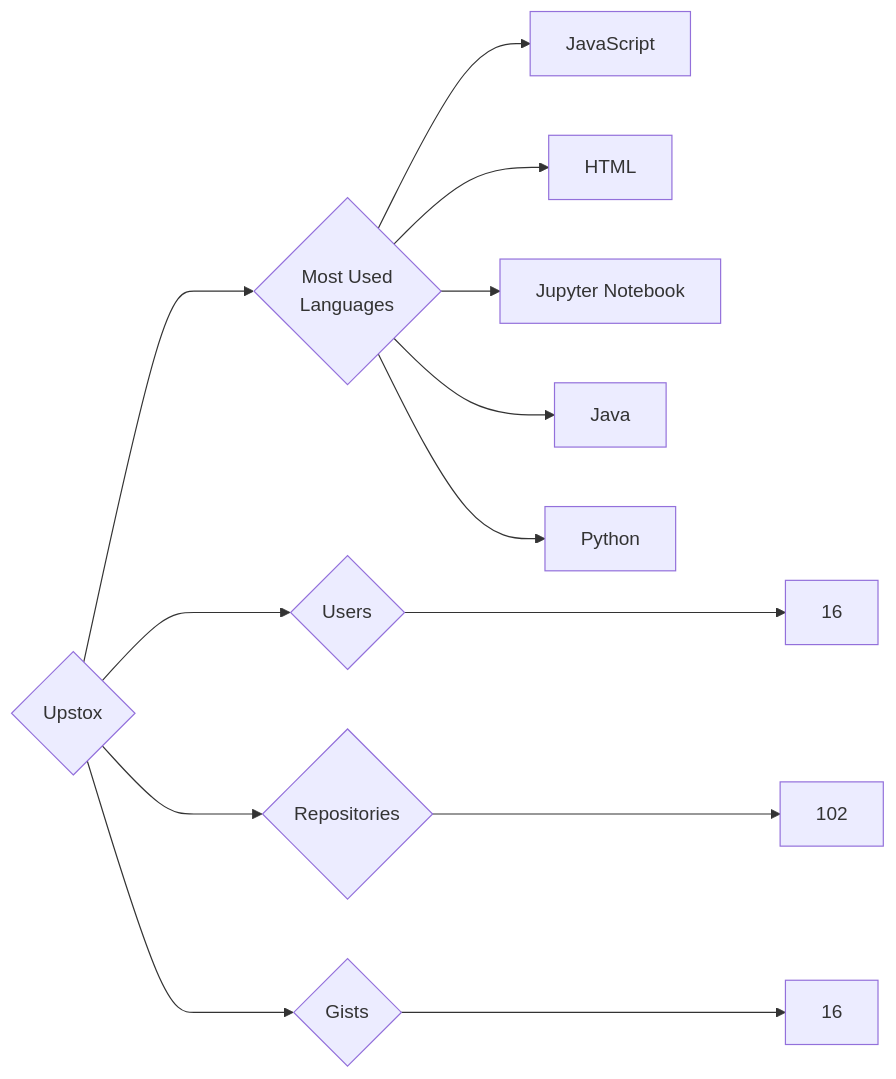
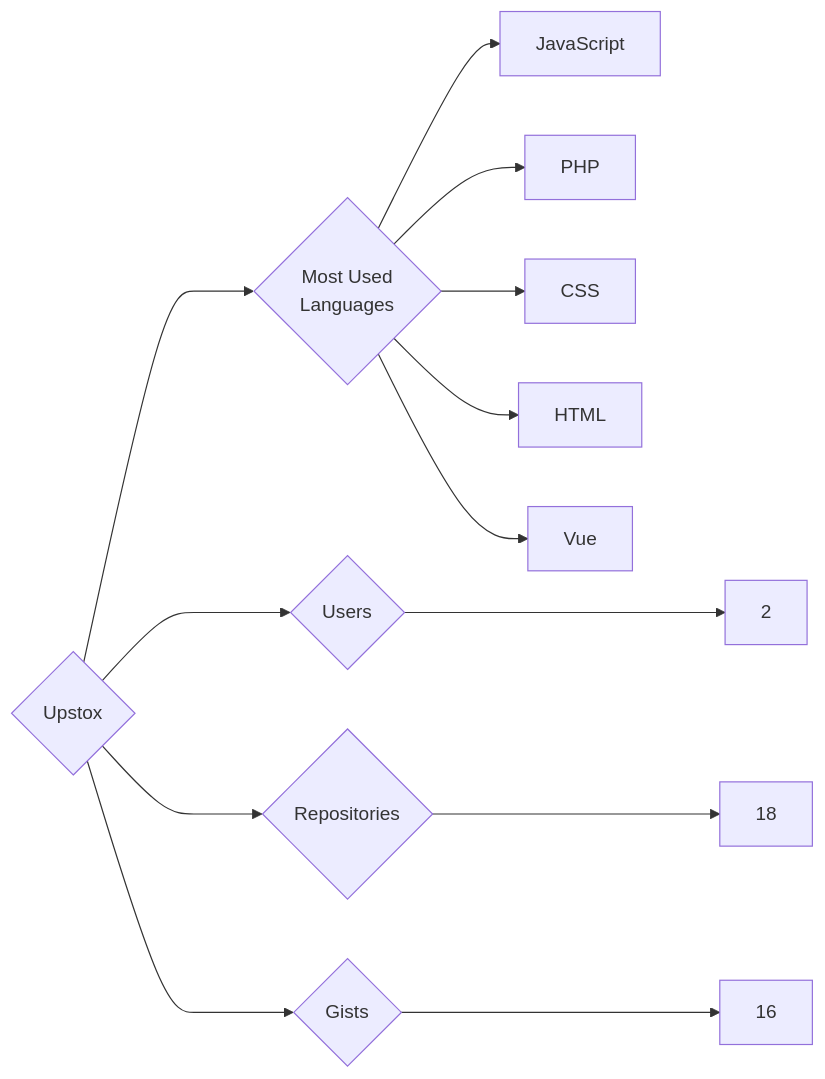
The diagram in targets/Upstox/README.md (trickest/insiders), drawn with Mermaid before and after one commit. The commit also changed 878 other files, not shown here.

````diff
--- a/targets/Upstox/README.md
+++ b/targets/Upstox/README.md
@@ -3,13 +3,13 @@
 ```mermaid
 graph LR
 COMPANY_NAME{Upstox}
-COMPANY_NAME ---> U{Users} ---> UN[16]
-COMPANY_NAME ---> R{Repositories} ---> RN[102]
+COMPANY_NAME ---> U{Users} ---> UN[2]
+COMPANY_NAME ---> R{Repositories} ---> RN[18]
 COMPANY_NAME ---> G{Gists} ---> GN[16]
 COMPANY_NAME ---> ML{Most Used<br>Languages}
 ML --> JavaScript[JavaScript]
+ML --> PHP[PHP]
+ML --> CSS[CSS]
 ML --> HTML[HTML]
-ML --> Jupyter_Notebook[Jupyter Notebook]
-ML --> Java[Java]
-ML --> Python[Python]
+ML --> Vue[Vue]
 ```
````
